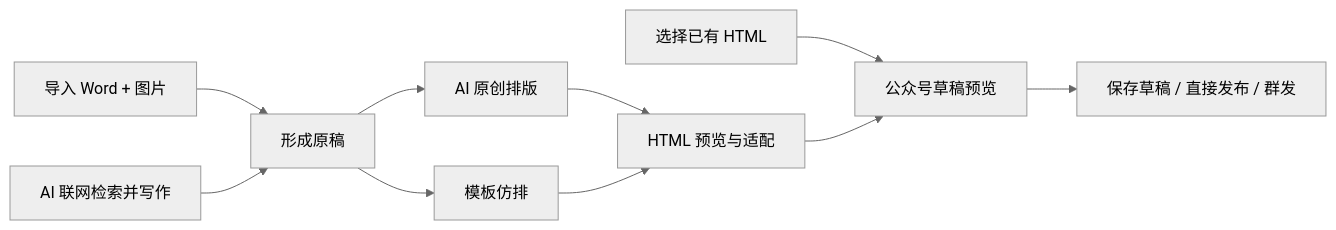
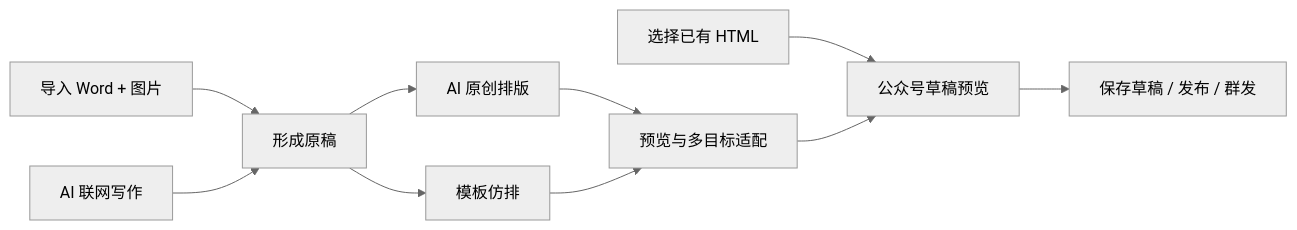
Before and after one commit to XiuxianCoder/WenYing: the first of 2 diagrams in README.md, drawn with Mermaid (neutral theme). The commit also changed other lines of this file, not shown here.

````diff
--- a/README.md
+++ b/README.md
@@ -95,12 +64,12 @@
 ```mermaid
 flowchart LR
     A["导入 Word + 图片"] --> C["形成原稿"]
-    B["AI 联网检索并写作"] --> C
+    B["AI 联网写作"] --> C
     C --> D["AI 原创排版"]
     C --> E["模板仿排"]
-    D --> F["HTML 预览与适配"]
+    D --> F["预览与多目标适配"]
     E --> F
     G["选择已有 HTML"] --> H["公众号草稿预览"]
     F --> H
-    H --> I["保存草稿 / 直接发布 / 群发"]
+    H --> I["保存草稿 / 发布 / 群发"]
 ```
````
